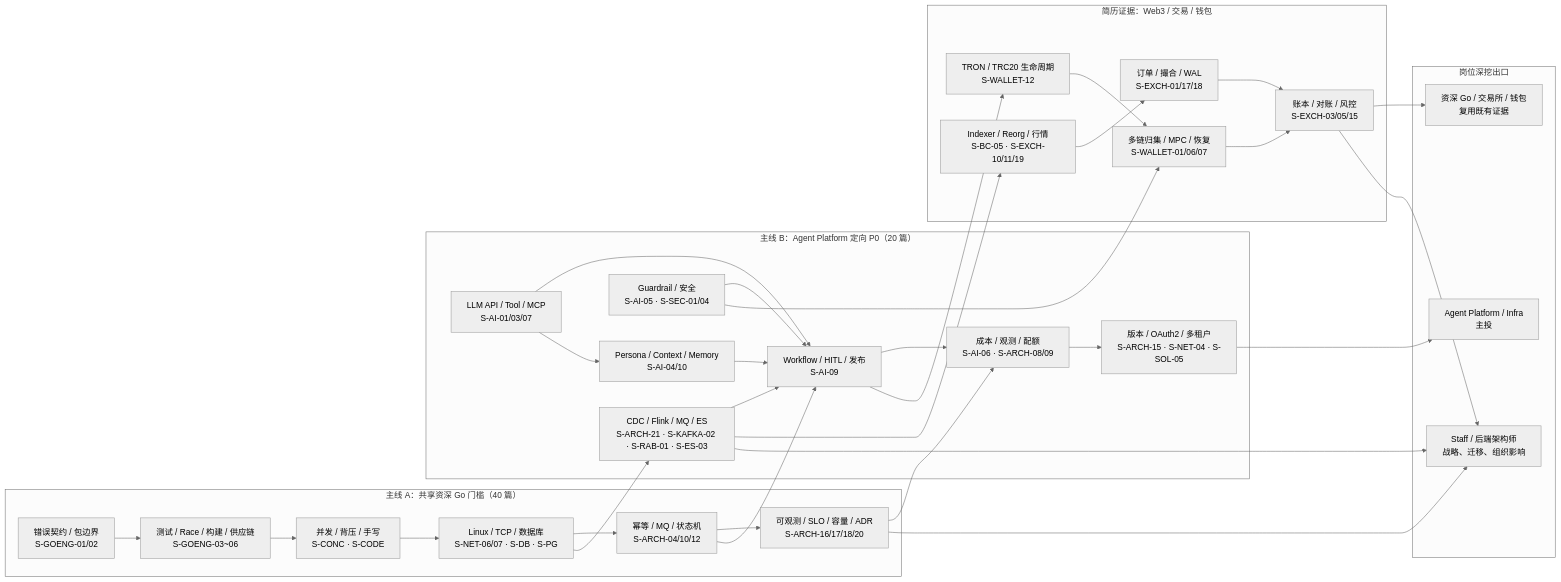
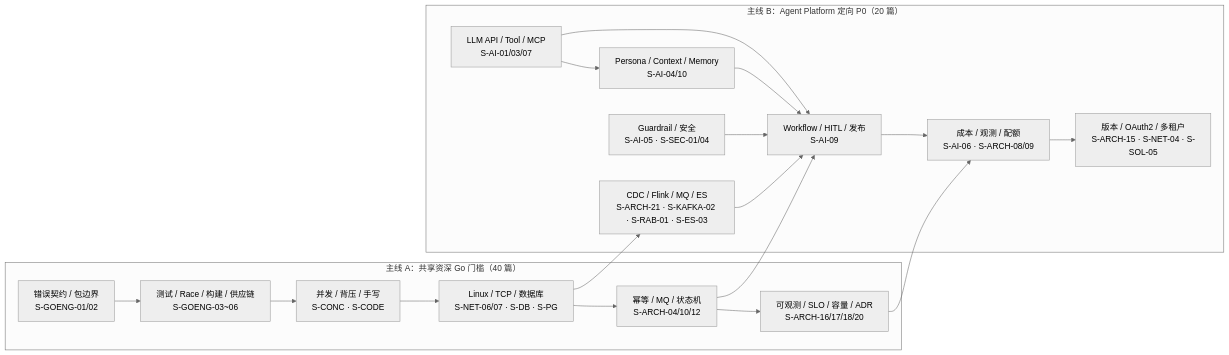
One commit to twodog-tt/Golang-development-manual changed the first of 2 diagrams in docs/interview/_meta/p0-knowledge-graph.md. Above: the diagram before and after it, drawn with Mermaid (neutral theme). The commit also changed other lines of this file and 15 other files, not shown here.

Commit message:
feat: add interactive Mermaid viewer

````diff
--- a/docs/interview/_meta/p0-knowledge-graph.md
+++ b/docs/interview/_meta/p0-knowledge-graph.md
@@ -11,59 +13,30 @@
 ```mermaid
 flowchart LR
   subgraph A["主线 A：共享资深 Go 门槛（40 篇）"]
     A1["错误契约 / 包边界<br/>S-GOENG-01/02"]
     A2["测试 / Race / 构建 / 供应链<br/>S-GOENG-03~06"]
     A3["并发 / 背压 / 手写<br/>S-CONC · S-CODE"]
     A4["Linux / TCP / 数据库<br/>S-NET-06/07 · S-DB · S-PG"]
     A5["幂等 / MQ / 状态机<br/>S-ARCH-04/10/12"]
     A6["可观测 / SLO / 容量 / ADR<br/>S-ARCH-16/17/18/20"]
     A1 --> A2 --> A3 --> A4 --> A5 --> A6
   end
 
   subgraph B["主线 B：Agent Platform 定向 P0（20 篇）"]
     B1["LLM API / Tool / MCP<br/>S-AI-01/03/07"]
     B2["Workflow / HITL / 发布<br/>S-AI-09"]
     B3["Persona / Context / Memory<br/>S-AI-04/10"]
     B4["Guardrail / 安全<br/>S-AI-05 · S-SEC-01/04"]
     B5["成本 / 观测 / 配额<br/>S-AI-06 · S-ARCH-08/09"]
     B6["版本 / OAuth2 / 多租户<br/>S-ARCH-15 · S-NET-04 · S-SOL-05"]
     B7["CDC / Flink / MQ / ES<br/>S-ARCH-21 · S-KAFKA-02 · S-RAB-01 · S-ES-03"]
     B1 --> B2
-    B1 --> B3
-    B3 --> B2
-    B4 --> B2
-    B2 --> B5
-    B5 --> B6
+    B1 --> B3 --> B2
+    B4 --> B2 --> B5 --> B6
     B7 --> B2
-  end
-
-  subgraph C["简历证据：Web3 / 交易 / 钱包"]
-    C1["TRON / TRC20 生命周期<br/>S-WALLET-12"]
-    C2["多链归集 / MPC / 恢复<br/>S-WALLET-01/06/07"]
-    C3["Indexer / Reorg / 行情<br/>S-BC-05 · S-EXCH-10/11/19"]
-    C4["订单 / 撮合 / WAL<br/>S-EXCH-01/17/18"]
-    C5["账本 / 对账 / 风控<br/>S-EXCH-03/05/15"]
-    C1 --> C2
-    C2 --> C5
-    C3 --> C4
-    C4 --> C5
-  end
-
-  subgraph D["岗位深挖出口"]
-    D1["Agent Platform / Infra<br/>主投"]
-    D2["资深 Go / 交易所 / 钱包<br/>复用既有证据"]
-    D3["Staff / 后端架构师<br/>战略、迁移、组织影响"]
   end
 
   A5 --> B2
   A6 --> B5
   A4 --> B7
-  B2 --> C1
-  B4 --> C2
-  B7 --> C3
-  B6 --> D1
-  C5 --> D2
-  A6 --> D3
-  B7 --> D3
-  C5 --> D3
 ```
````
